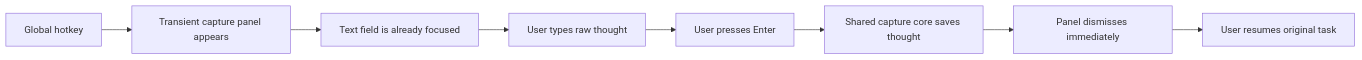
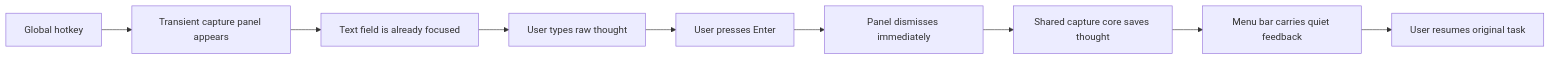
Before and after one commit to flyingrobots/think: the first of 4 diagrams in docs/design/0005-m2-macos-capture-surface.md, drawn with Mermaid. The commit also changed other lines of this file and 7 other files, not shown here.

````diff
--- a/docs/design/0005-m2-macos-capture-surface.md
+++ b/docs/design/0005-m2-macos-capture-surface.md
@@ -174,10 +178,11 @@
 ```mermaid
 flowchart LR
     H["Global hotkey"] --> P["Transient capture panel appears"]
     P --> F["Text field is already focused"]
     F --> T["User types raw thought"]
     T --> E["User presses Enter"]
-    E --> C["Shared capture core saves thought"]
-    C --> D["Panel dismisses immediately"]
-    D --> R["User resumes original task"]
+    E --> D["Panel dismisses immediately"]
+    D --> C["Shared capture core saves thought"]
+    C --> M["Menu bar carries quiet feedback"]
+    M --> R["User resumes original task"]
 ```
````
